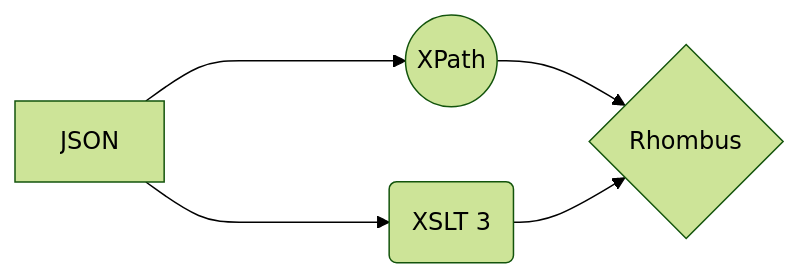
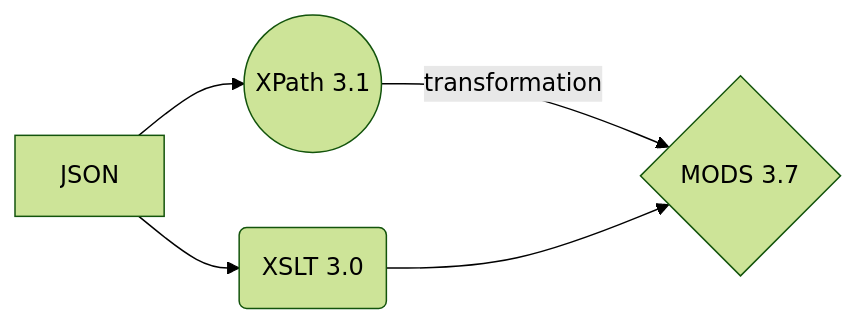
One commit to CarlosMartinez-USDA/json-to-xml changed the first of 3 diagrams in JSON-to-MODS-xslt.md. Above: the diagram before and after it, drawn with Mermaid (forest theme). The commit also changed other lines of this file, not shown here.

Commit message:
JSON-to-MODS-xslt.md updated from https://stackedit.io/

````diff
--- a/JSON-to-MODS-xslt.md
+++ b/JSON-to-MODS-xslt.md
@@ -13,7 +13,7 @@
 ```mermaid
 graph LR
-A[JSON] ----> B((XPath))
-A --> C(XSLT 3)
-B --> D{Rhombus}
+A[JSON] --> B((XPath 3.1))
+A --> C(XSLT 3.0)
+B --transformation--> D{MODS 3.7}
 C --> D
 ```
````
